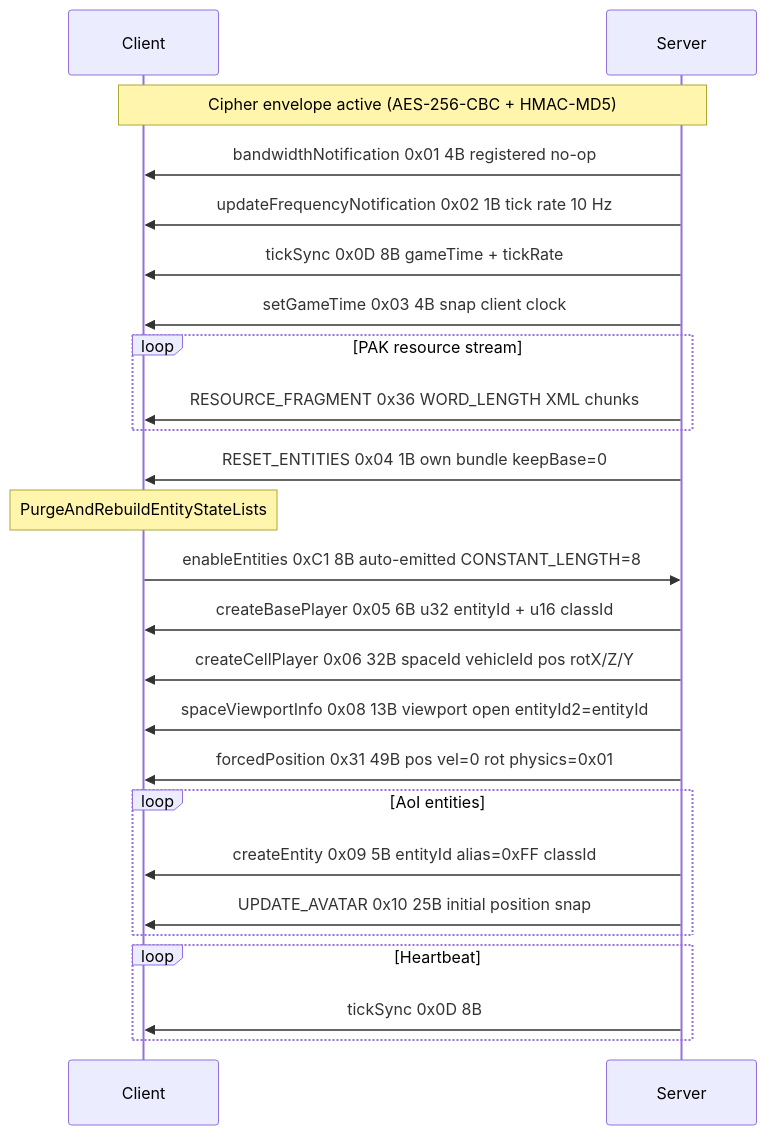
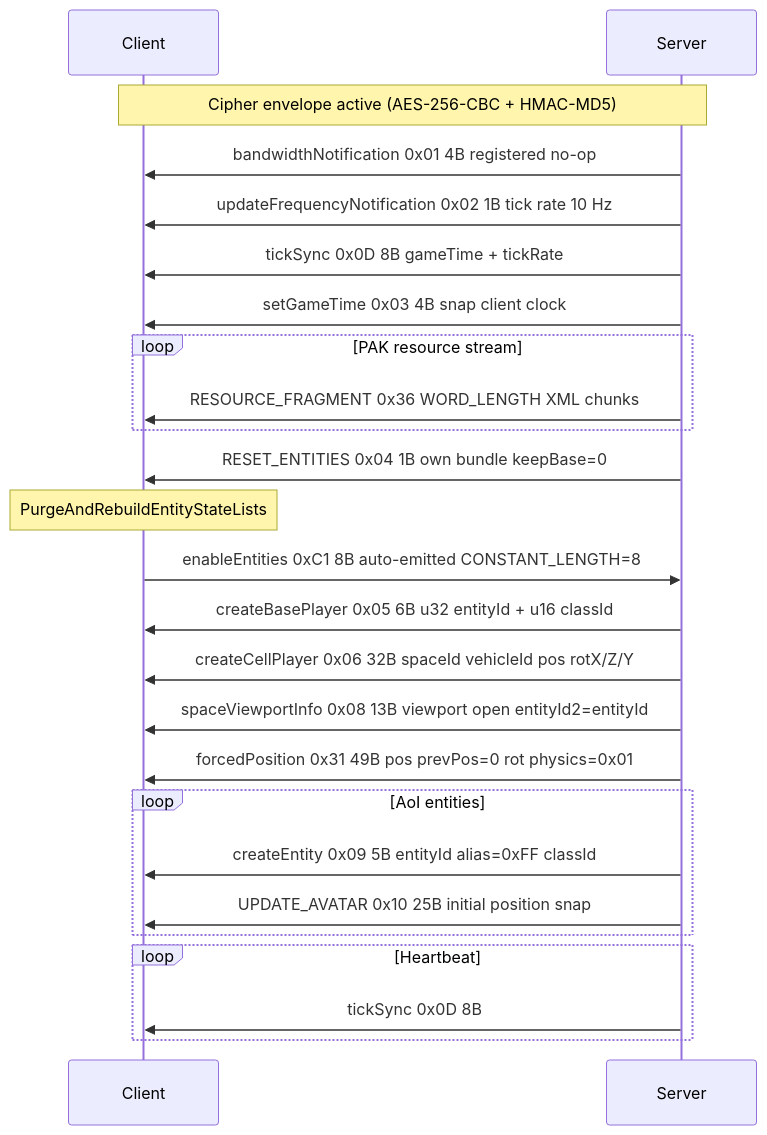
The diagram in docs/drafts/spec/figures/sources/mercury-16-world-entry-seq.mmd (SandboxServers/Cimmeria), drawn with Mermaid before and after one commit. The commit also changed 14 other files, not shown here.

```diff
--- a/docs/drafts/spec/figures/sources/mercury-16-world-entry-seq.mmd
+++ b/docs/drafts/spec/figures/sources/mercury-16-world-entry-seq.mmd
@@ -1,32 +1,32 @@
 sequenceDiagram
     participant C as Client
     participant S as Server
 
     Note over C,S: Cipher envelope active (AES-256-CBC + HMAC-MD5)
 
     S->>C: bandwidthNotification 0x01 4B registered no-op
     S->>C: updateFrequencyNotification 0x02 1B tick rate 10 Hz
     S->>C: tickSync 0x0D 8B gameTime + tickRate
     S->>C: setGameTime 0x03 4B snap client clock
 
     loop PAK resource stream
         S->>C: RESOURCE_FRAGMENT 0x36 WORD_LENGTH XML chunks
     end
 
     S->>C: RESET_ENTITIES 0x04 1B own bundle keepBase=0
     Note over C: PurgeAndRebuildEntityStateLists
     C->>S: enableEntities 0xC1 8B auto-emitted CONSTANT_LENGTH=8
 
     S->>C: createBasePlayer 0x05 6B u32 entityId + u16 classId
     S->>C: createCellPlayer 0x06 32B spaceId vehicleId pos rotX/Z/Y
     S->>C: spaceViewportInfo 0x08 13B viewport open entityId2=entityId
-    S->>C: forcedPosition 0x31 49B pos vel=0 rot physics=0x01
+    S->>C: forcedPosition 0x31 49B pos prevPos=0 rot physics=0x01
 
     loop AoI entities
         S->>C: createEntity 0x09 5B entityId alias=0xFF classId
         S->>C: UPDATE_AVATAR 0x10 25B initial position snap
     end
 
     loop Heartbeat
         S->>C: tickSync 0x0D 8B
     end
```
